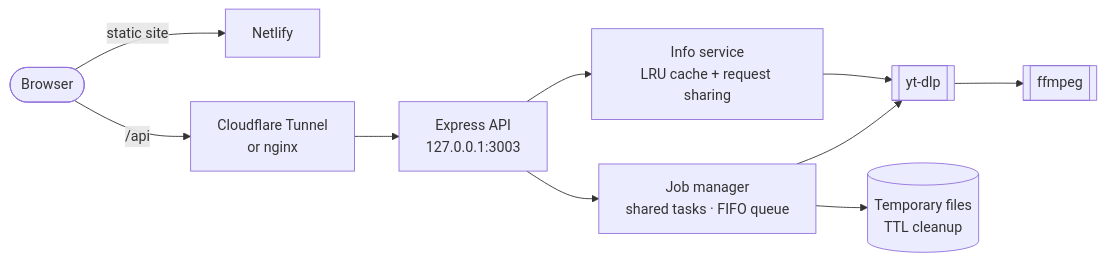
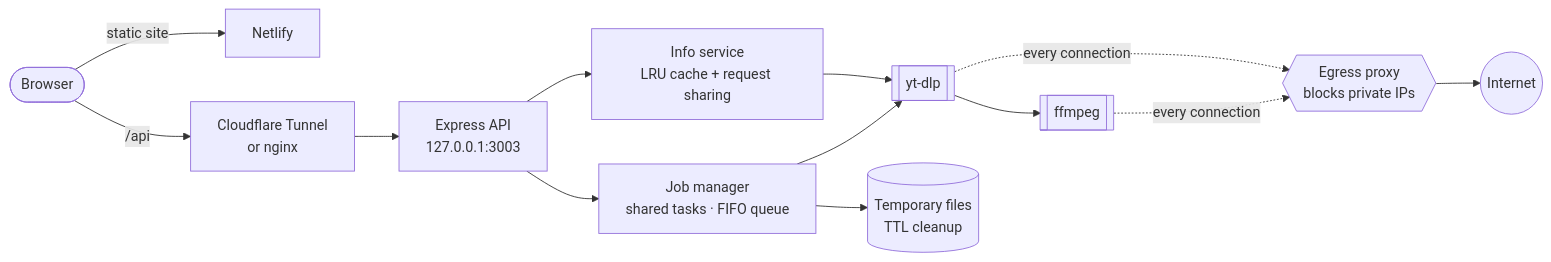
The diagram in README.md (stanleyowen/grabit), drawn with Mermaid before and after one commit. The commit also changed other lines of this file and 1 other file, not shown here.

````diff
--- a/README.md
+++ b/README.md
@@ -84,12 +85,15 @@
 ```mermaid
 flowchart LR
   U([Browser]) -->|static site| N[Netlify]
   U -->|/api| P[Cloudflare Tunnel<br/>or nginx]
   P --> A[Express API<br/>127.0.0.1:3003]
   A --> I[Info service<br/>LRU cache + request sharing]
   A --> J[Job manager<br/>shared tasks · FIFO queue]
   I --> Y[[yt-dlp]]
   J --> Y
   Y --> F[[ffmpeg]]
+  Y -. every connection .-> E{{Egress proxy<br/>blocks private IPs}}
+  F -. every connection .-> E
+  E --> W((Internet))
   J --> D[(Temporary files<br/>TTL cleanup)]
 ```
````
